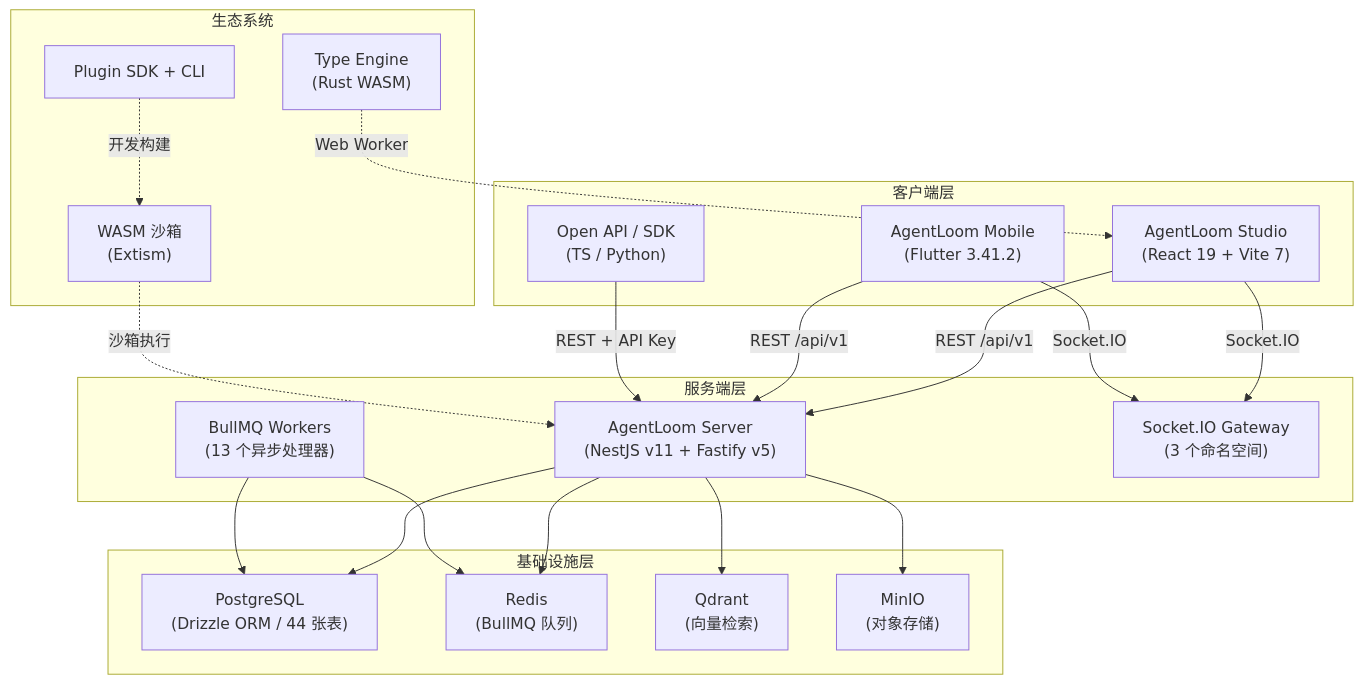
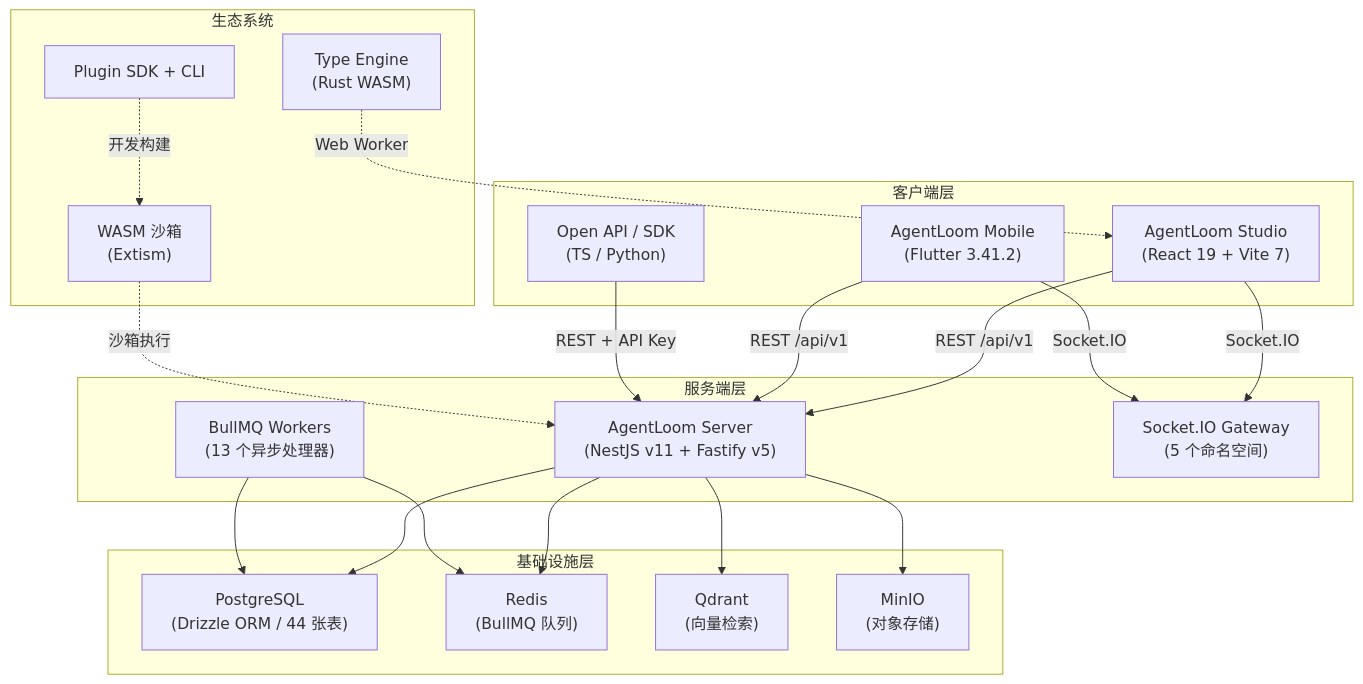
One commit to Lynricsy/AgentLoom changed the first of 4 diagrams in agentloom-docs/zh/guide/architecture.md. Above: the diagram before and after it, drawn with Mermaid. The commit also changed other lines of this file and 25 other files, not shown here.

````diff
--- a/agentloom-docs/zh/guide/architecture.md
+++ b/agentloom-docs/zh/guide/architecture.md
@@ -7,44 +7,44 @@
 ```mermaid
 flowchart TB
     subgraph Clients["客户端层"]
         Studio["AgentLoom Studio<br/>(React 19 + Vite 7)"]
         Mobile["AgentLoom Mobile<br/>(Flutter 3.41.2)"]
         OpenAPI["Open API / SDK<br/>(TS / Python)"]
     end
 
     subgraph Server["服务端层"]
         NestJS["AgentLoom Server<br/>(NestJS v11 + Fastify v5)"]
         Workers["BullMQ Workers<br/>(13 个异步处理器)"]
-        SocketIO["Socket.IO Gateway<br/>(3 个命名空间)"]
+        SocketIO["Socket.IO Gateway<br/>(5 个命名空间)"]
     end
 
     subgraph Infra["基础设施层"]
         PG["PostgreSQL<br/>(Drizzle ORM / 44 张表)"]
         Redis["Redis<br/>(BullMQ 队列)"]
         Qdrant["Qdrant<br/>(向量检索)"]
         MinIO["MinIO<br/>(对象存储)"]
     end
 
     subgraph Ecosystem["生态系统"]
         TypeEngine["Type Engine<br/>(Rust WASM)"]
         PluginSDK["Plugin SDK + CLI"]
         PluginWASM["WASM 沙箱<br/>(Extism)"]
     end
 
     Studio -->|"REST /api/v1"| NestJS
     Studio -->|"Socket.IO"| SocketIO
     Mobile -->|"REST /api/v1"| NestJS
     Mobile -->|"Socket.IO"| SocketIO
     OpenAPI -->|"REST + API Key"| NestJS
 
     NestJS --> PG
     NestJS --> Redis
     NestJS --> Qdrant
     NestJS --> MinIO
     Workers --> Redis
     Workers --> PG
 
     TypeEngine -.->|"Web Worker"| Studio
     PluginSDK -.->|"开发构建"| PluginWASM
     PluginWASM -.->|"沙箱执行"| NestJS
 ```
````
